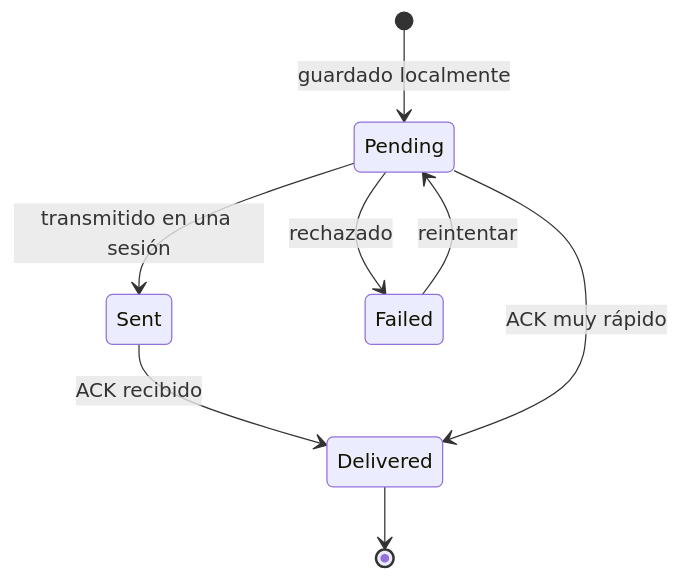
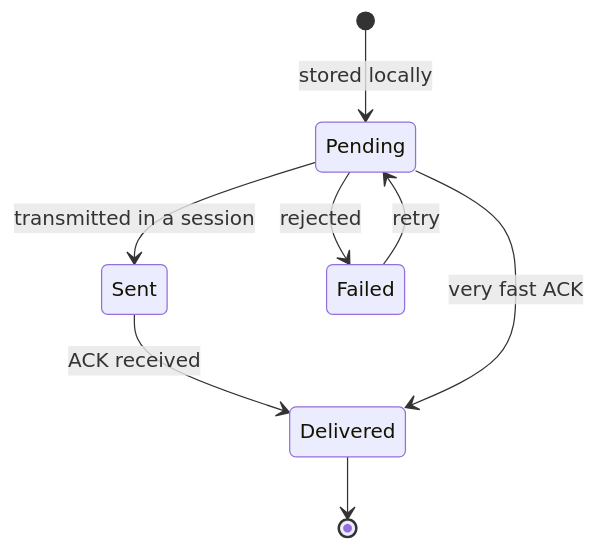
Before and after one commit to fsoftt/Murmur: the sixth of 6 diagrams in website/guide/life-of-a-message.md, drawn with Mermaid. The commit also changed other lines of this file and 51 other files, not shown here.

````diff
--- a/website/guide/life-of-a-message.md
+++ b/website/guide/life-of-a-message.md
@@ -90,10 +118,10 @@
 ```mermaid
 stateDiagram-v2
-    [*] --> Pending: guardado localmente
-    Pending --> Sent: transmitido en una sesión
-    Sent --> Delivered: ACK recibido
-    Pending --> Delivered: ACK muy rápido
-    Pending --> Failed: rechazado
-    Failed --> Pending: reintentar
+    [*] --> Pending: stored locally
+    Pending --> Sent: transmitted in a session
+    Sent --> Delivered: ACK received
+    Pending --> Delivered: very fast ACK
+    Pending --> Failed: rejected
+    Failed --> Pending: retry
     Delivered --> [*]
 ```
````
